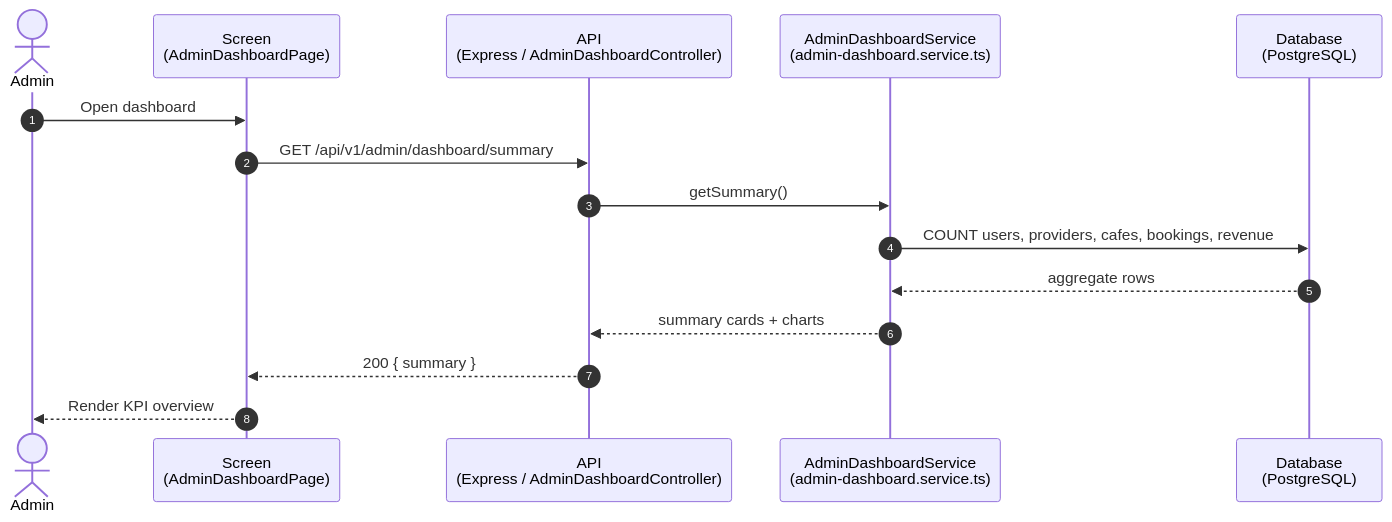
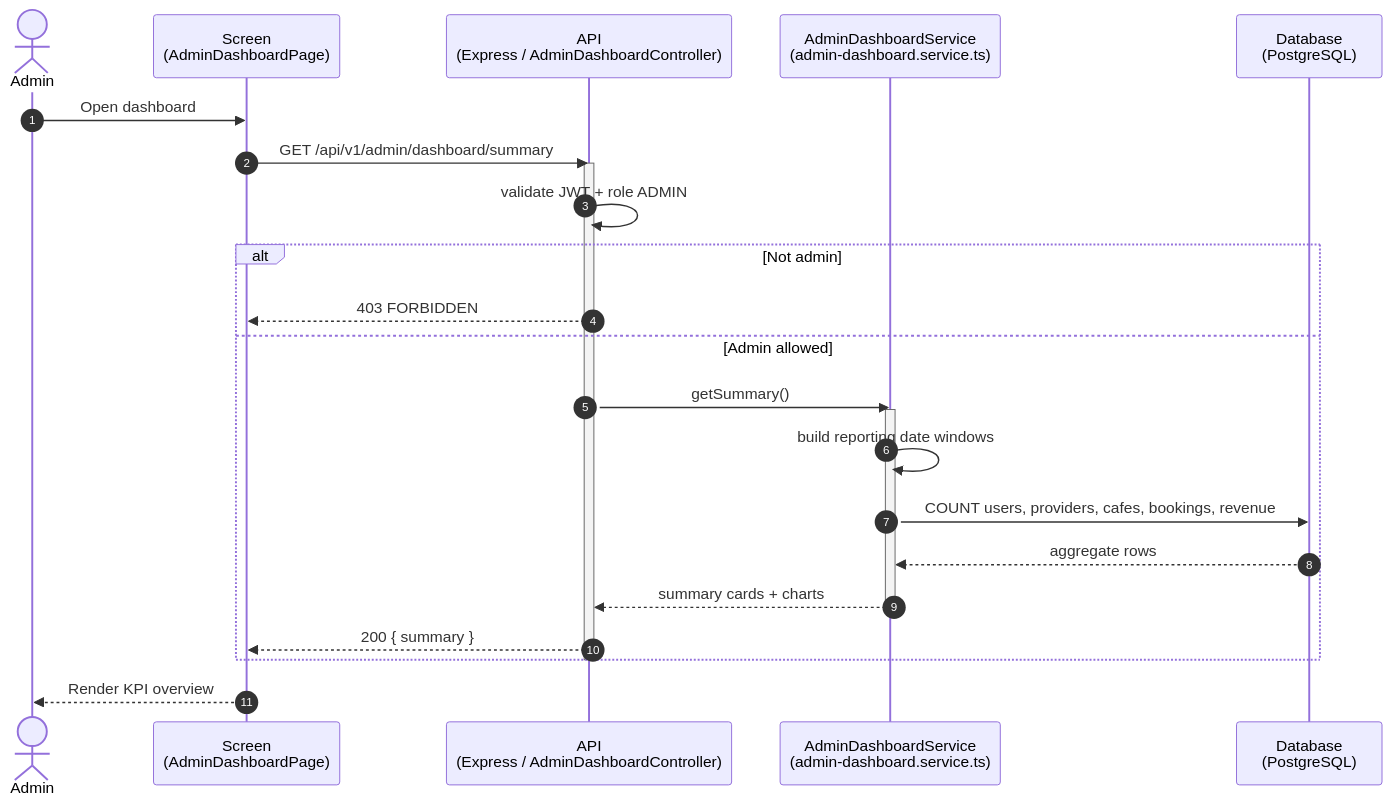
One commit to RCField-SEP490/rcfield-spec changed the first of 6 diagrams in docs/diagrams/sequence/sequence-flow-admin-operations.md. Above: the diagram before and after it, drawn with Mermaid. The commit also changed other lines of this file and 101 other files, not shown here.

````diff
--- a/docs/diagrams/sequence/sequence-flow-admin-operations.md
+++ b/docs/diagrams/sequence/sequence-flow-admin-operations.md
@@ -11,18 +11,28 @@
 ```mermaid
 sequenceDiagram
     autonumber
     actor A as Admin
     participant Screen as Screen<br/>(AdminDashboardPage)
     participant API as API<br/>(Express / AdminDashboardController)
     participant Service as AdminDashboardService<br/>(admin-dashboard.service.ts)
     participant DB as Database<br/>(PostgreSQL)
 
     A->>Screen: Open dashboard
     Screen->>API: GET /api/v1/admin/dashboard/summary
+    activate API
+    API->>API: validate JWT + role ADMIN
+    alt Not admin
+        API-->>Screen: 403 FORBIDDEN
+    else Admin allowed
     API->>Service: getSummary()
+    activate Service
+    Service->>Service: build reporting date windows
     Service->>DB: COUNT users, providers, cafes, bookings, revenue
     DB-->>Service: aggregate rows
     Service-->>API: summary cards + charts
+    deactivate Service
     API-->>Screen: 200 { summary }
+    end
+    deactivate API
     Screen-->>A: Render KPI overview
 ```
````
